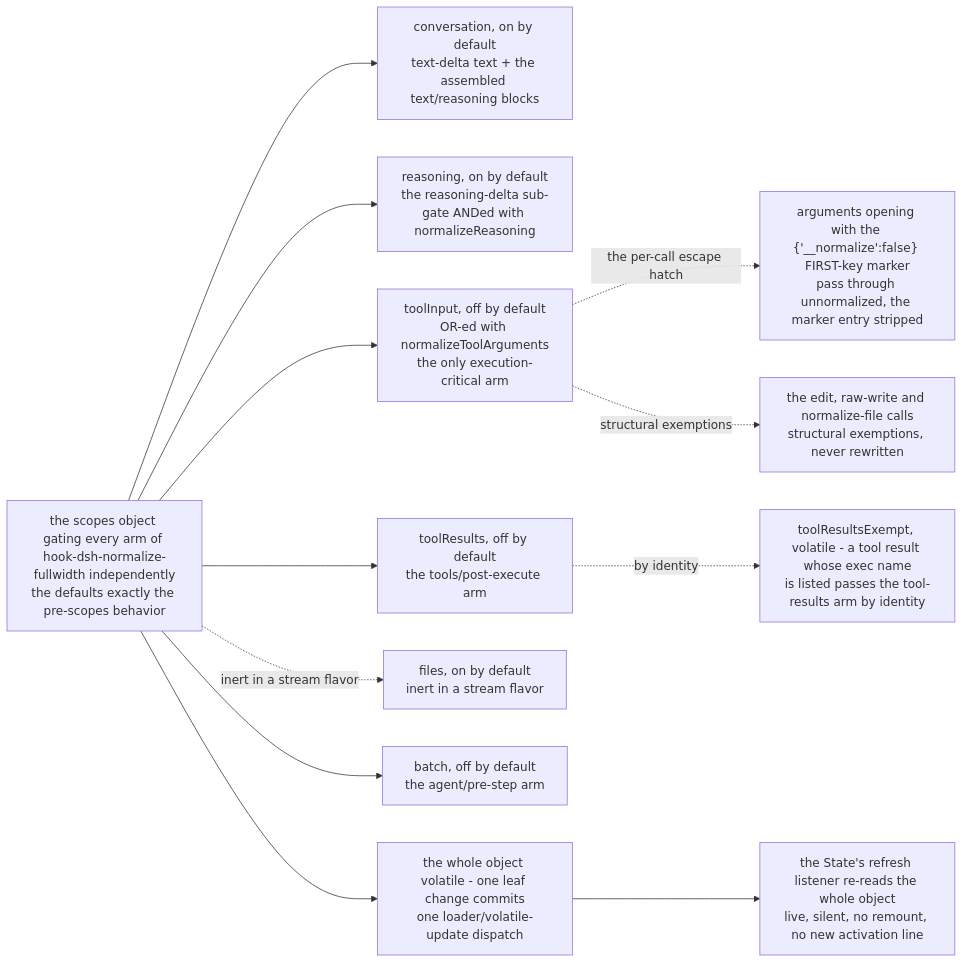
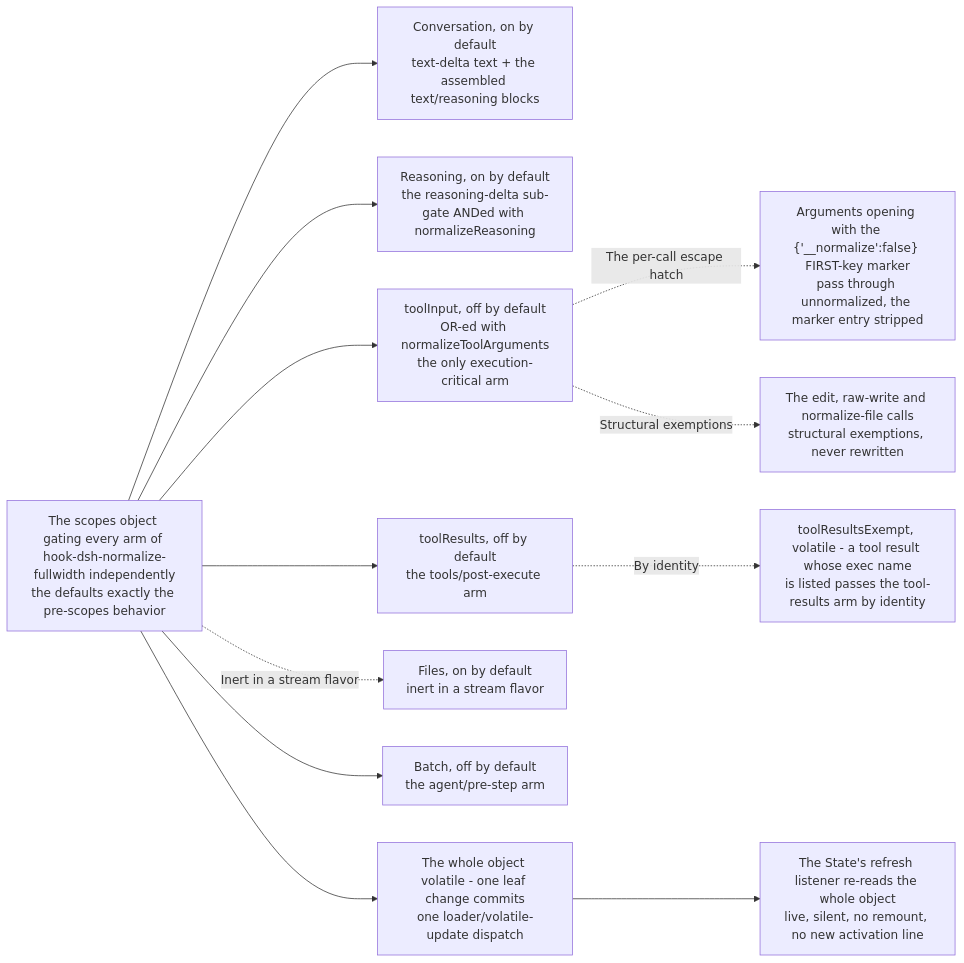
One commit to PlayForm/Site-DeepSeek changed the diagram in Source/Content/Mermaid/fullwidth-scopes.mmd. Above: the diagram before and after it, drawn with Mermaid. The commit also changed 141 other files, not shown here.

```diff
--- a/Source/Content/Mermaid/fullwidth-scopes.mmd
+++ b/Source/Content/Mermaid/fullwidth-scopes.mmd
@@ -1,24 +1,24 @@
 flowchart LR
-	SCOPES["the scopes object gating every arm of hook-dsh-normalize-fullwidth independently<br/>the defaults exactly the pre-scopes behavior"]
-	CONV["conversation, on by default<br/>text-delta text + the assembled text/reasoning blocks"]
-	REAS["reasoning, on by default<br/>the reasoning-delta sub-gate ANDed with normalizeReasoning"]
+	SCOPES["The scopes object gating every arm of hook-dsh-normalize-fullwidth independently<br/>the defaults exactly the pre-scopes behavior"]
+	CONV["Conversation, on by default<br/>text-delta text + the assembled text/reasoning blocks"]
+	REAS["Reasoning, on by default<br/>the reasoning-delta sub-gate ANDed with normalizeReasoning"]
 	TIN["toolInput, off by default<br/>OR-ed with normalizeToolArguments<br/>the only execution-critical arm"]
 	TRES["toolResults, off by default<br/>the tools/post-execute arm"]
-	FILES["files, on by default<br/>inert in a stream flavor"]
-	BATCH["batch, off by default<br/>the agent/pre-step arm"]
-	MARK["arguments opening with the {'__normalize':false} FIRST-key marker<br/>pass through unnormalized, the marker entry stripped"]
-	EXEMPT["the edit, raw-write and normalize-file calls<br/>structural exemptions, never rewritten"]
+	FILES["Files, on by default<br/>inert in a stream flavor"]
+	BATCH["Batch, off by default<br/>the agent/pre-step arm"]
+	MARK["Arguments opening with the {'__normalize':false} FIRST-key marker<br/>pass through unnormalized, the marker entry stripped"]
+	EXEMPT["The edit, raw-write and normalize-file calls<br/>structural exemptions, never rewritten"]
 	EXEMLIST["toolResultsExempt, volatile - a tool result whose exec name<br/>is listed passes the tool-results arm by identity"]
-	VOL["the whole object volatile - one leaf change commits<br/>one loader/volatile-update dispatch"]
-	READER["the State's refresh listener re-reads the whole object<br/>live, silent, no remount, no new activation line"]
+	VOL["The whole object volatile - one leaf change commits<br/>one loader/volatile-update dispatch"]
+	READER["The State's refresh listener re-reads the whole object<br/>live, silent, no remount, no new activation line"]
 	SCOPES --> CONV
 	SCOPES --> REAS
 	SCOPES --> TIN
 	SCOPES --> TRES
 	SCOPES --> BATCH
-	SCOPES -. "inert in a stream flavor" .-> FILES
-	TIN -. "the per-call escape hatch" .-> MARK
-	TIN -. "structural exemptions" .-> EXEMPT
-	TRES -. "by identity" .-> EXEMLIST
+	SCOPES -. "Inert in a stream flavor" .-> FILES
+	TIN -. "The per-call escape hatch" .-> MARK
+	TIN -. "Structural exemptions" .-> EXEMPT
+	TRES -. "By identity" .-> EXEMLIST
 	SCOPES --> VOL
 	VOL --> READER
```
